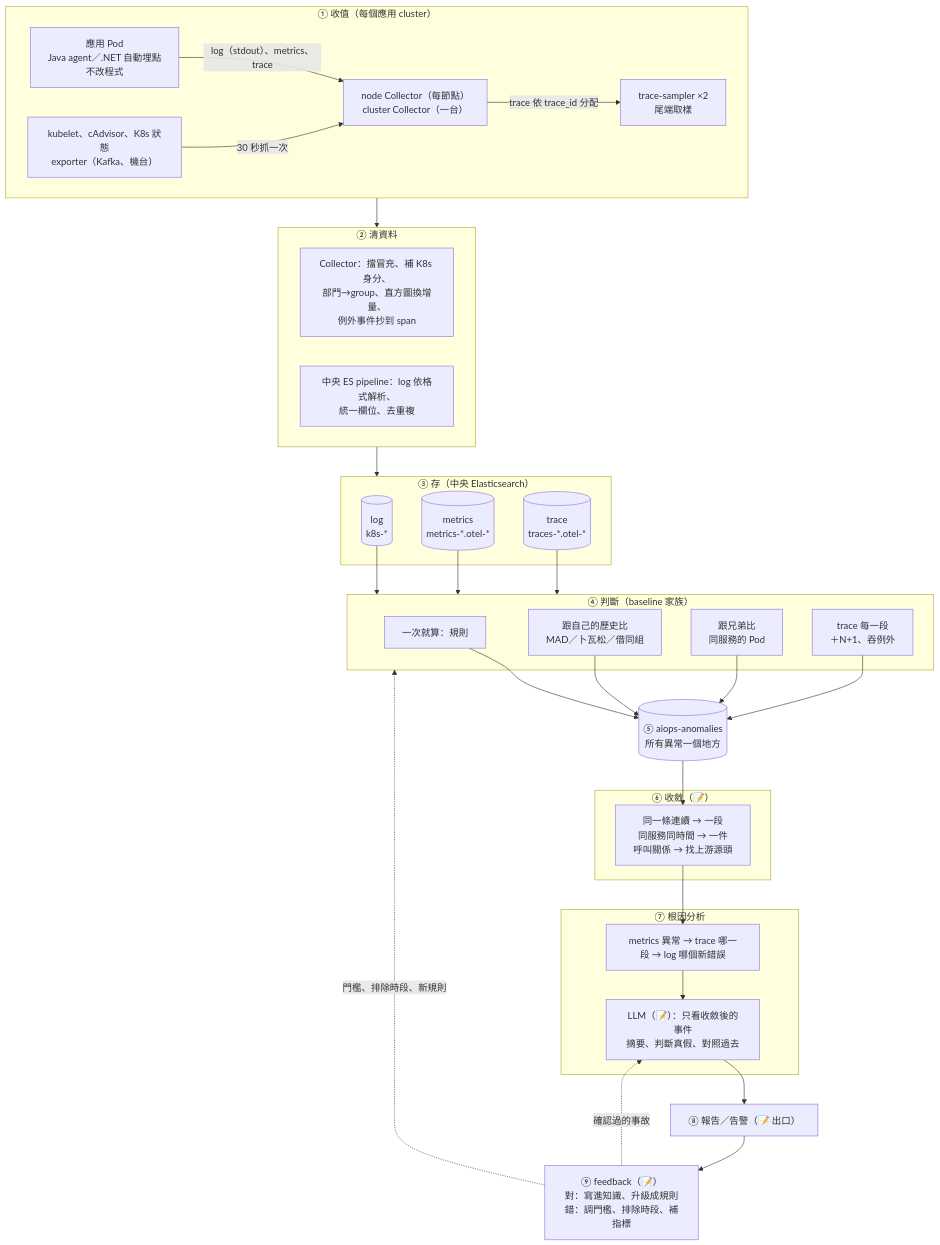
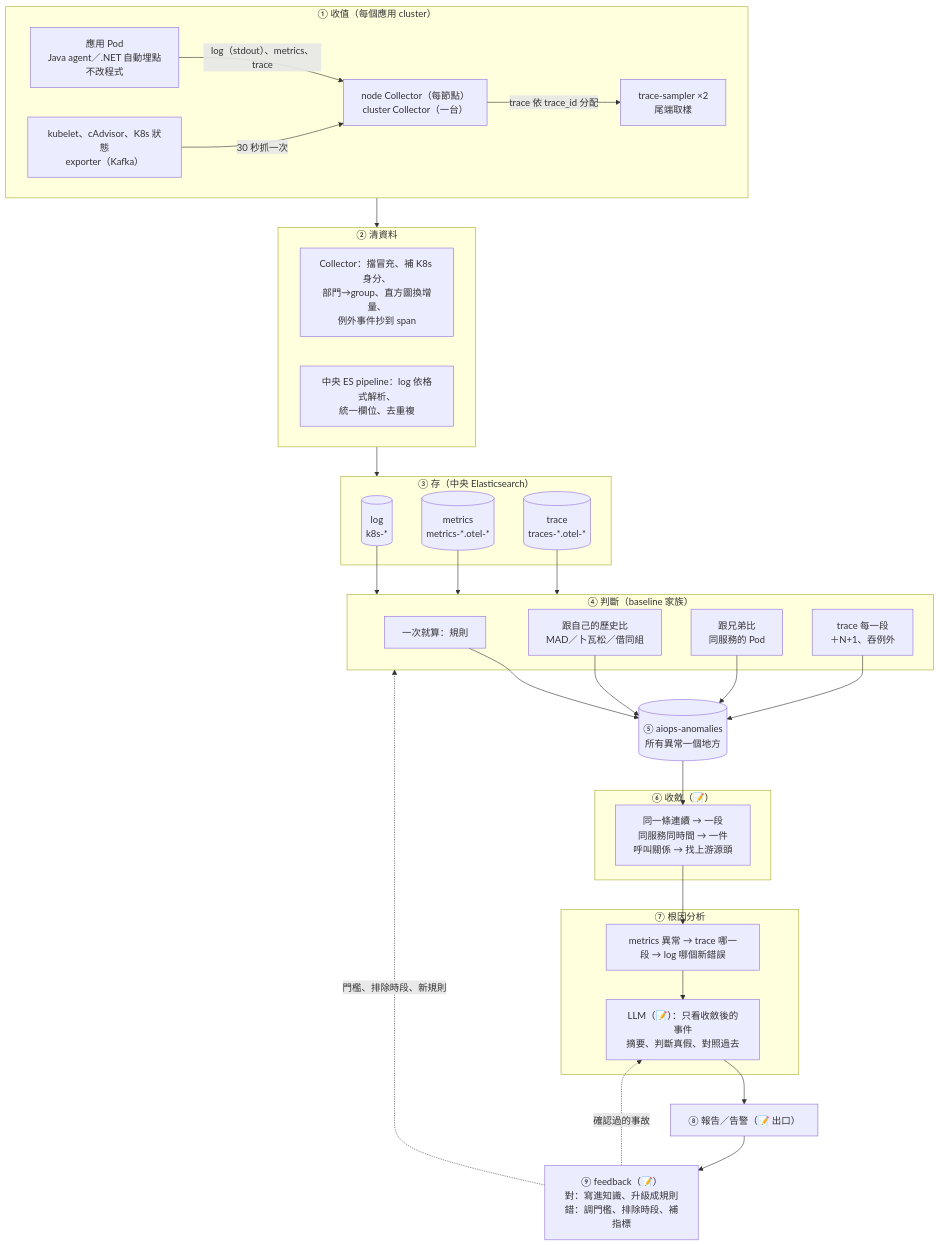
One commit to i-shuan/aiops-data-foundation changed the first of 7 diagrams in docs/system-map.md. Above: the diagram before and after it, drawn with Mermaid. The commit also changed other lines of this file and 13 other files, not shown here.

````diff
--- a/docs/system-map.md
+++ b/docs/system-map.md
@@ -11,51 +13,51 @@
 ```mermaid
 flowchart TB
   subgraph S1["① 收值（每個應用 cluster）"]
     APP["應用 Pod<br/>Java agent／.NET 自動埋點<br/>不改程式"]
-    K8S["kubelet、cAdvisor、K8s 狀態<br/>exporter（Kafka、機台）"]
+    K8S["kubelet、cAdvisor、K8s 狀態<br/>exporter（Kafka）"]
     COL["node Collector（每節點）<br/>cluster Collector（一台）"]
     TS["trace-sampler ×2<br/>尾端取樣"]
     APP -- "log（stdout）、metrics、trace" --> COL
     K8S -- "30 秒抓一次" --> COL
     COL -- "trace 依 trace_id 分配" --> TS
   end
 
   subgraph S2["② 清資料"]
     C1["Collector：擋冒充、補 K8s 身分、<br/>部門→group、直方圖換增量、<br/>例外事件抄到 span"]
     C2["中央 ES pipeline：log 依格式解析、<br/>統一欄位、去重複"]
   end
 
   subgraph S3["③ 存（中央 Elasticsearch）"]
     LOG[("log<br/>k8s-*")]
     MET[("metrics<br/>metrics-*.otel-*")]
     TRA[("trace<br/>traces-*.otel-*")]
   end
 
   subgraph S4["④ 判斷（baseline 家族）"]
     R["一次就算：規則"]
     H["跟自己的歷史比<br/>MAD／卜瓦松／借同組"]
     P["跟兄弟比<br/>同服務的 Pod"]
     T["trace 每一段<br/>＋N+1、吞例外"]
   end
 
   AN[("⑤ aiops-anomalies<br/>所有異常一個地方")]
 
   subgraph S6["⑥ 收斂（📝）"]
     CV["同一條連續 → 一段<br/>同服務同時間 → 一件<br/>呼叫關係 → 找上游源頭"]
   end
 
   subgraph S7["⑦ 根因分析"]
     RCA["metrics 異常 → trace 哪一段 → log 哪個新錯誤"]
     LLM["LLM（📝）：只看收斂後的事件<br/>摘要、判斷真假、對照過去"]
   end
 
   OUT["⑧ 報告／告警（📝 出口）"]
   FB["⑨ feedback（📝）<br/>對：寫進知識、升級成規則<br/>錯：調門檻、排除時段、補指標"]
 
   S1 --> S2 --> S3
   LOG & MET & TRA --> S4
   R & H & P & T --> AN
   AN --> CV --> RCA --> LLM --> OUT --> FB
   FB -. "門檻、排除時段、新規則" .-> S4
   FB -. "確認過的事故" .-> LLM
 ```
````
